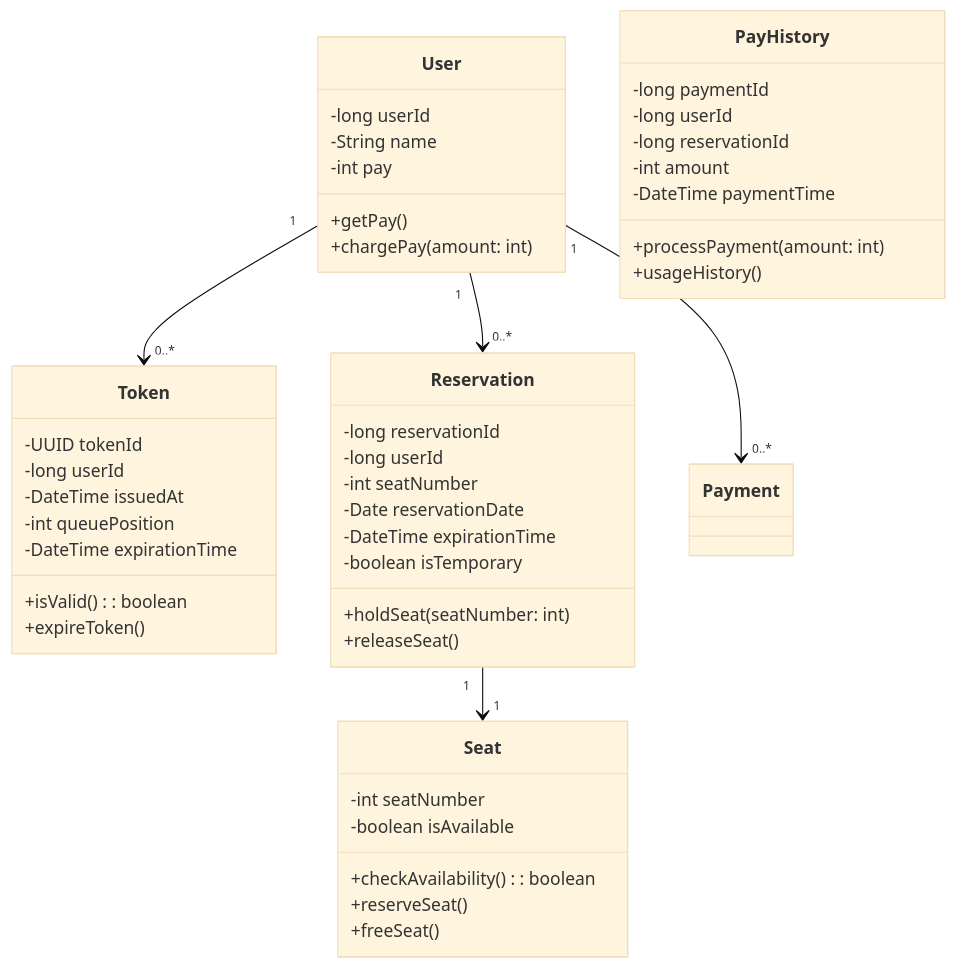
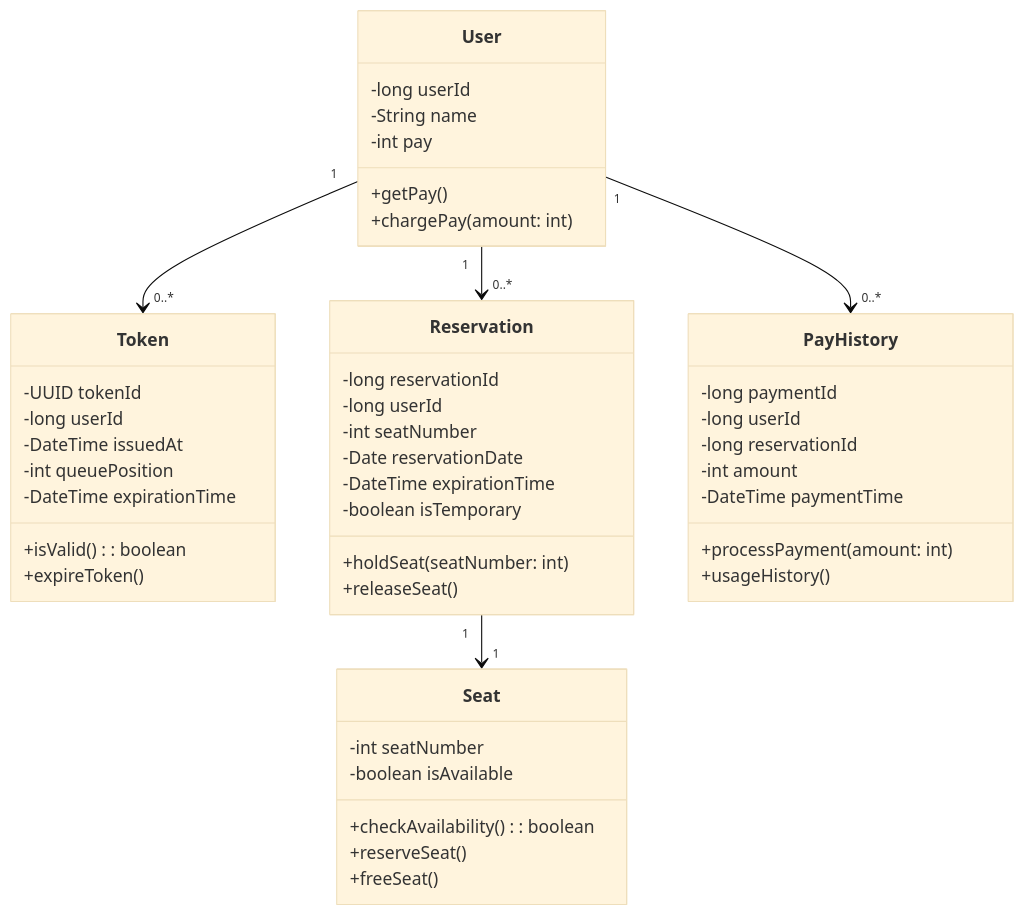
One commit to fatallinverno/hhplus-concert-reservation changed the ninth of 10 diagrams in README.md. Above: the diagram before and after it, drawn with Mermaid (base theme). The commit also changed other lines of this file, not shown here.

Commit message:
API 기능별 시퀀스 다이어그램 작성

````diff
--- a/README.md
+++ b/README.md
@@ -52,54 +154,54 @@
 ```mermaid
 classDiagram
     class User {
         -long userId
         -String name
         -int pay
         +getPay()
         +chargePay(amount: int)
     }
     
     class Token {
         -UUID tokenId
         -long userId
         -DateTime issuedAt
         -int queuePosition
         -DateTime expirationTime
         +isValid(): boolean
         +expireToken()
     }
     
     class Reservation {
         -long reservationId
         -long userId
         -int seatNumber
         -Date reservationDate
         -DateTime expirationTime
         -boolean isTemporary
         +holdSeat(seatNumber: int)
         +releaseSeat()
     }
     
     class PayHistory {
         -long paymentId
         -long userId
         -long reservationId
         -int amount
         -DateTime paymentTime
         +processPayment(amount: int)
         +usageHistory()
     }
     
     class Seat {
         -int seatNumber
         -boolean isAvailable
         +checkAvailability(): boolean
         +reserveSeat()
         +freeSeat()
     }
 
     User "1" --> "0..*" Token
     User "1" --> "0..*" Reservation
-    User "1" --> "0..*" Payment
+    User "1" --> "0..*" PayHistory
     Reservation "1" --> "1" Seat
 ```
````
